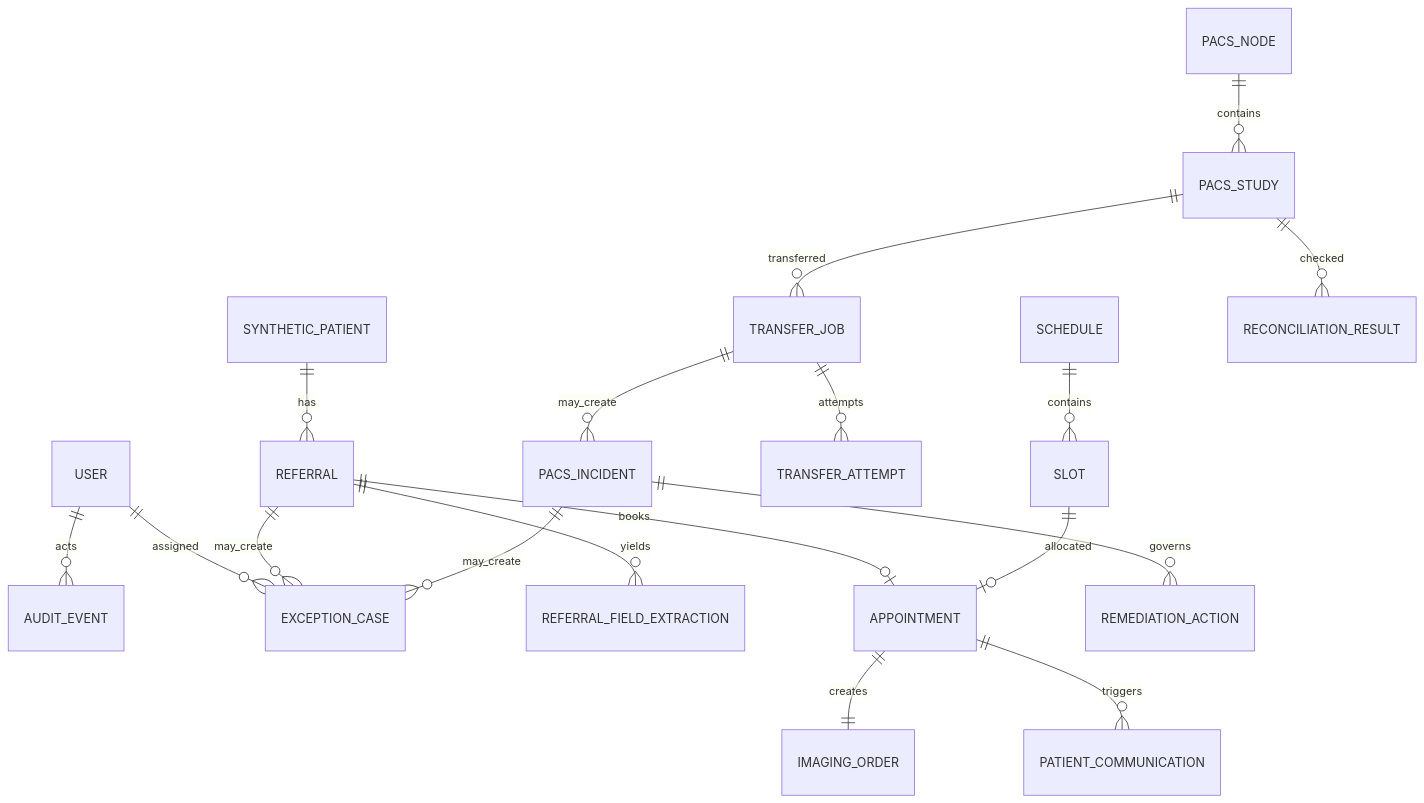
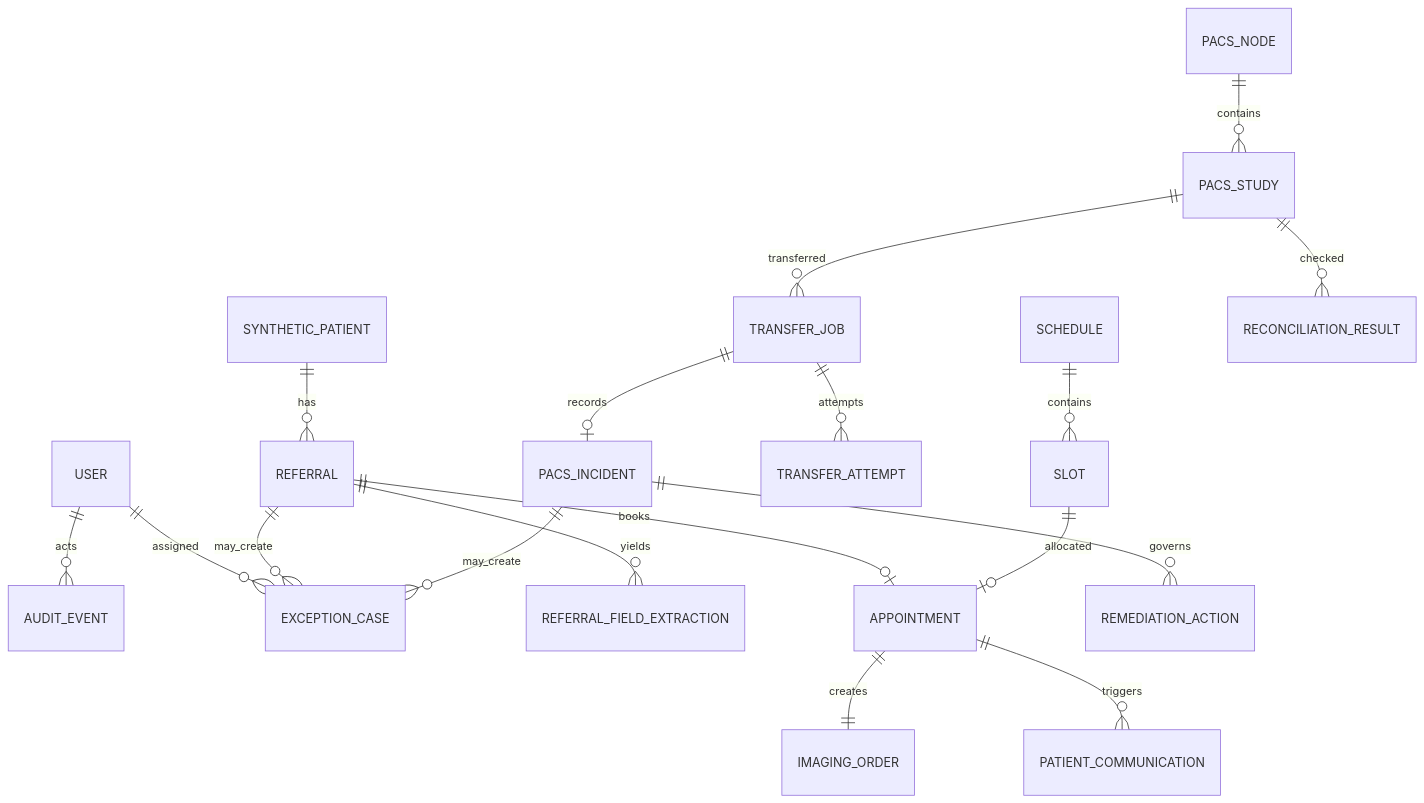
The diagram in docs/08-data-model.md (shruthi-chadaga/radiology-operations-copilot), drawn with Mermaid before and after one commit. The commit also changed other lines of this file and 70 other files, not shown here.

````diff
--- a/docs/08-data-model.md
+++ b/docs/08-data-model.md
@@ -76,20 +50,20 @@
 ```mermaid
 erDiagram
   USER ||--o{ AUDIT_EVENT : acts
   USER ||--o{ EXCEPTION_CASE : assigned
   SYNTHETIC_PATIENT ||--o{ REFERRAL : has
   REFERRAL ||--o{ REFERRAL_FIELD_EXTRACTION : yields
   REFERRAL ||--o| APPOINTMENT : books
   SCHEDULE ||--o{ SLOT : contains
   SLOT ||--o| APPOINTMENT : allocated
   APPOINTMENT ||--|| IMAGING_ORDER : creates
   APPOINTMENT ||--o{ PATIENT_COMMUNICATION : triggers
   PACS_NODE ||--o{ PACS_STUDY : contains
   PACS_STUDY ||--o{ TRANSFER_JOB : transferred
   TRANSFER_JOB ||--o{ TRANSFER_ATTEMPT : attempts
-  TRANSFER_JOB ||--o{ PACS_INCIDENT : may_create
+  TRANSFER_JOB ||--o| PACS_INCIDENT : records
   PACS_INCIDENT ||--o{ REMEDIATION_ACTION : governs
   PACS_STUDY ||--o{ RECONCILIATION_RESULT : checked
   REFERRAL ||--o{ EXCEPTION_CASE : may_create
   PACS_INCIDENT ||--o{ EXCEPTION_CASE : may_create
 ```
````
